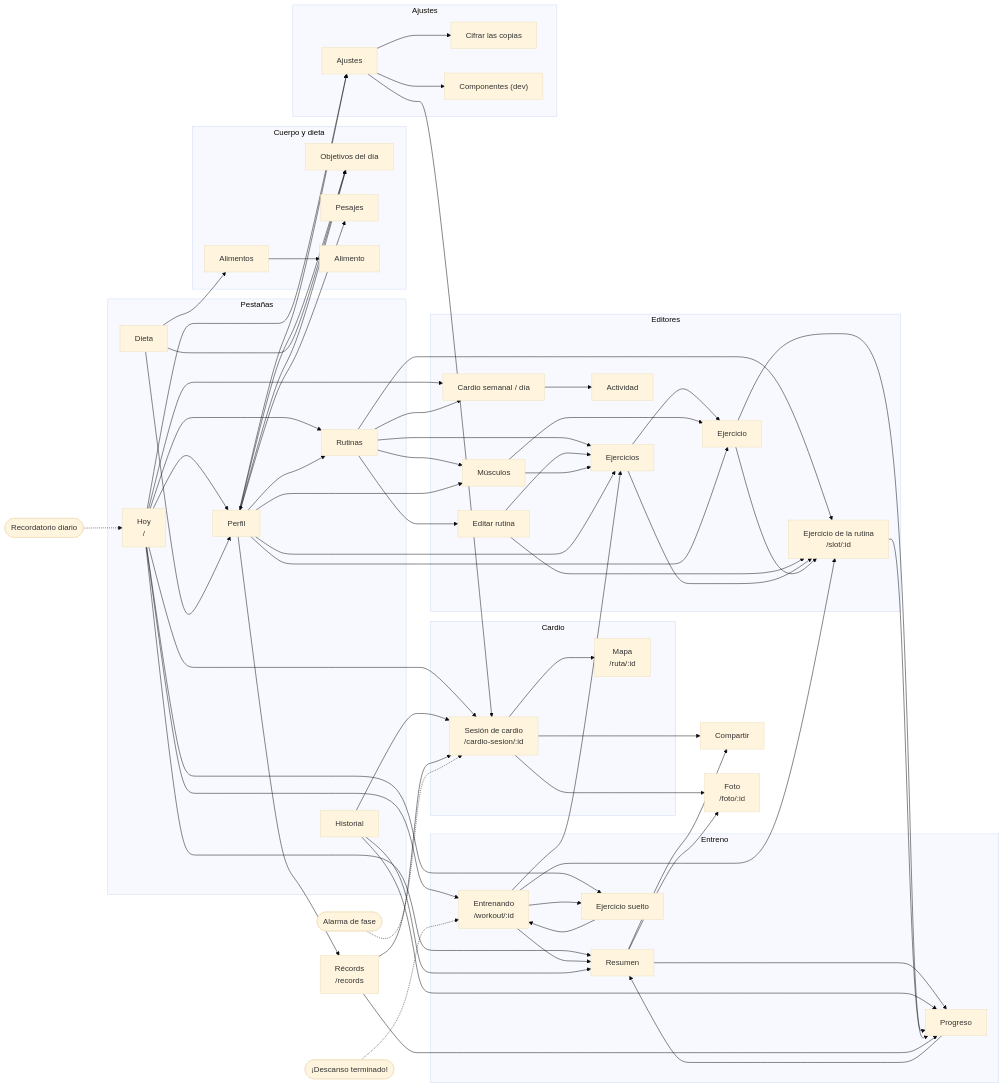
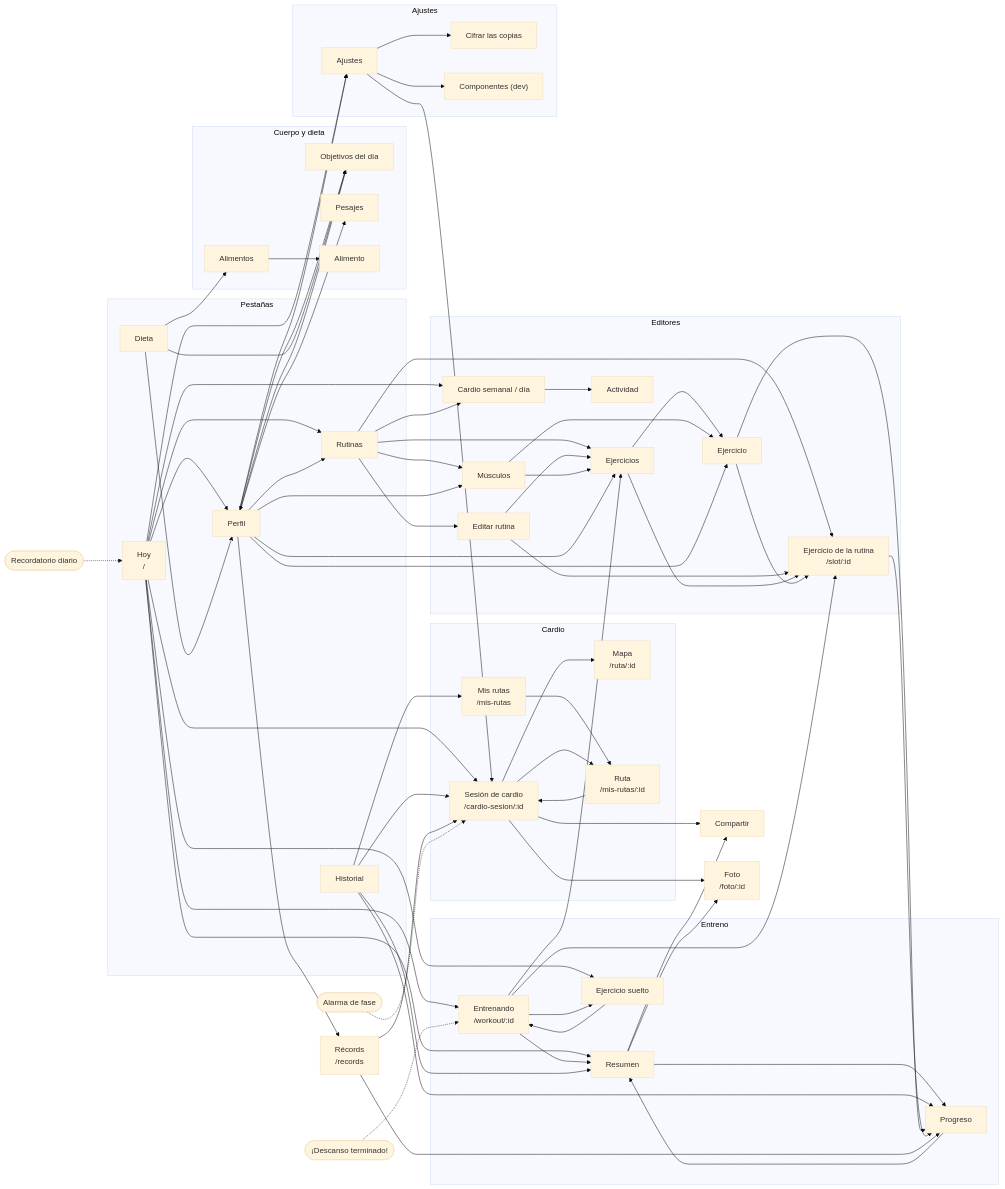
The third of 11 diagrams in ARCHITECTURE.md (fabgs/asistente-entrenamiento), drawn with Mermaid (base theme) before and after one commit. The commit also changed other lines of this file and 24 other files, not shown here.

First line of the commit message:
feat: versión 1.4.8 — Mis rutas

```diff
--- a/ARCHITECTURE.md
+++ b/ARCHITECTURE.md
@@ -444,6 +459,8 @@
   subgraph CAR["Cardio"]
     CS["Sesión de cardio<br/>/cardio-sesion/:id"]
     MAP["Mapa<br/>/ruta/:id"]
+    MR["Mis rutas<br/>/mis-rutas"]
+    RT["Ruta<br/>/mis-rutas/:id"]
   end
   SHARE["Compartir"]
   FOTO["Foto<br/>/foto/:id"]
@@ -488,6 +505,10 @@
   HIS --> RES
   HIS --> PRO
   HIS --> CS
+  HIS --> MR
+  MR --> RT
+  RT --> CS
+  CS --> RT
   CS --> MAP
   CS --> SHARE
   CS --> FOTO
```
